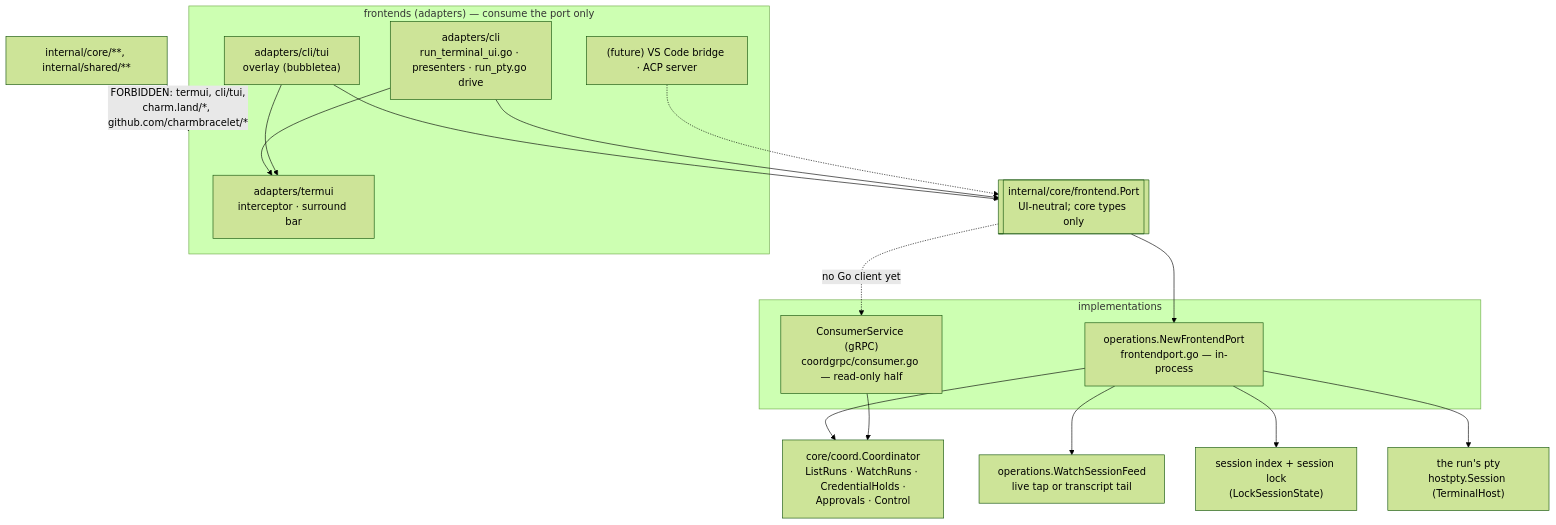
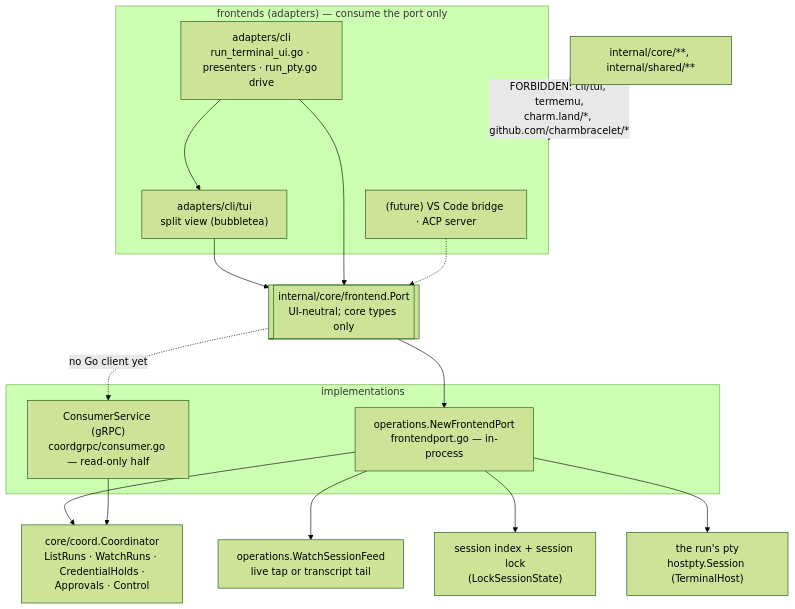
One commit to ctxloom/ctxloom changed the first of 2 diagrams in docs/architecture/core/frontend-port.md. Above: the diagram before and after it, drawn with Mermaid (forest theme). The commit also changed other lines of this file and 82 other files, not shown here.

First line of the commit message:
refactor(cli): delete termui and the overlay Model; drop charm.land/bubbles/v2

````diff
--- a/docs/architecture/core/frontend-port.md
+++ b/docs/architecture/core/frontend-port.md
@@ -20,27 +19,25 @@
 ```mermaid
 flowchart TD
   subgraph frontends["frontends (adapters) — consume the port only"]
-    TERMUI["adapters/termui<br/>interceptor · surround bar"]
-    TUI["adapters/cli/tui<br/>overlay (bubbletea)"]
+    TUI["adapters/cli/tui<br/>split view (bubbletea)"]
     CLIUI["adapters/cli<br/>run_terminal_ui.go · presenters · run_pty.go drive"]
     FUTURE["(future) VS Code bridge · ACP server"]
   end
   PORT[["internal/core/frontend.Port<br/>UI-neutral; core types only"]]
   TUI --> PORT
   CLIUI --> PORT
-  CLIUI --> TERMUI
-  TUI --> TERMUI
+  CLIUI --> TUI
   FUTURE -.-> PORT
   subgraph impls["implementations"]
     INPROC["operations.NewFrontendPort<br/>frontendport.go — in-process"]
     WIRE["ConsumerService (gRPC)<br/>coordgrpc/consumer.go — read-only half"]
   end
   PORT --> INPROC
   PORT -.->|"no Go client yet"| WIRE
   INPROC --> COORD["core/coord.Coordinator<br/>ListRuns · WatchRuns · CredentialHolds ·<br/>Approvals · Control"]
   INPROC --> FEED["operations.WatchSessionFeed<br/>live tap or transcript tail"]
   INPROC --> INDEX["session index + session lock<br/>(LockSessionState)"]
   INPROC --> PTY["the run's pty<br/>hostpty.Session (TerminalHost)"]
   WIRE --> COORD
-  CORE["internal/core/**, internal/shared/**"] -. "FORBIDDEN: termui, cli/tui,<br/>charm.land/*, github.com/charmbracelet/*" .-> frontends
+  CORE["internal/core/**, internal/shared/**"] -. "FORBIDDEN: cli/tui, termemu,<br/>charm.land/*, github.com/charmbracelet/*" .-> frontends
 ```
````
